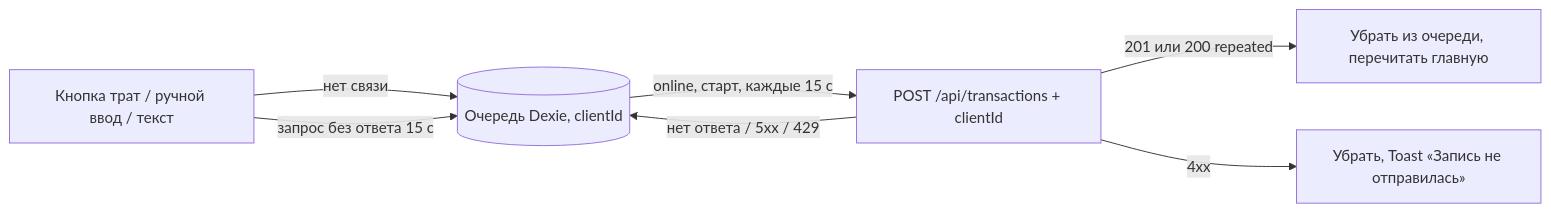
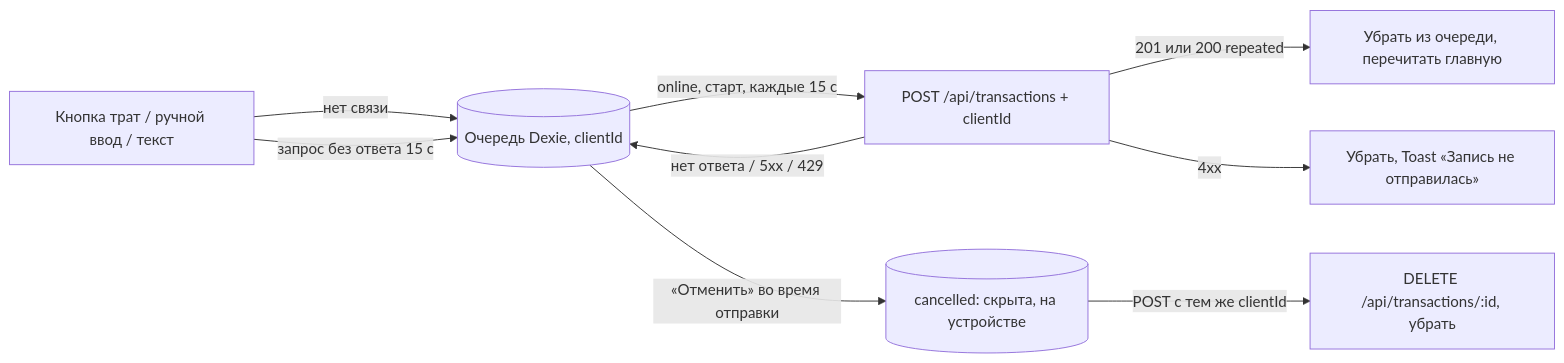
Before and after one commit to chollak/finance-tracker-backend: the diagram in docs/knowledge-base/07-data-flow/api-lifecycle.md, drawn with Mermaid. The commit also changed other lines of this file and 18 other files, not shown here.

````diff
--- a/docs/knowledge-base/07-data-flow/api-lifecycle.md
+++ b/docs/knowledge-base/07-data-flow/api-lifecycle.md
@@ -39,9 +39,11 @@
 ```mermaid
 flowchart LR
   W[Кнопка трат / ручной ввод / текст] -->|нет связи| Q[(Очередь Dexie, clientId)]
   W -->|запрос без ответа 15 с| Q
   Q -->|online, старт, каждые 15 с| P[POST /api/transactions + clientId]
   P -->|201 или 200 repeated| D[Убрать из очереди, перечитать главную]
   P -->|нет ответа / 5xx / 429| Q
   P -->|4xx| X[Убрать, Toast «Запись не отправилась»]
+  Q -->|«Отменить» во время отправки| C[(cancelled: скрыта, на устройстве)]
+  C -->|POST с тем же clientId| R[DELETE /api/transactions/:id, убрать]
 ```
````
